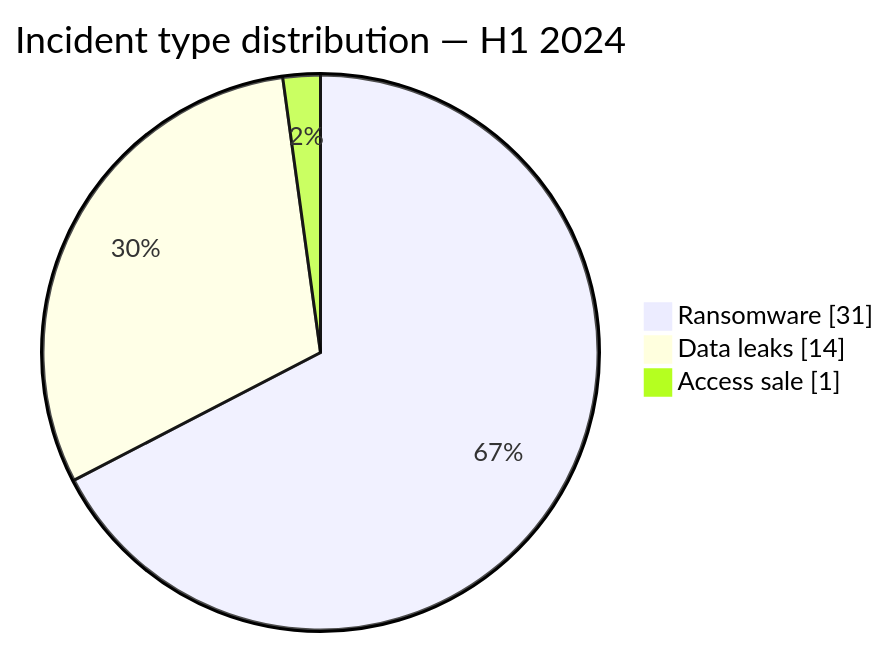
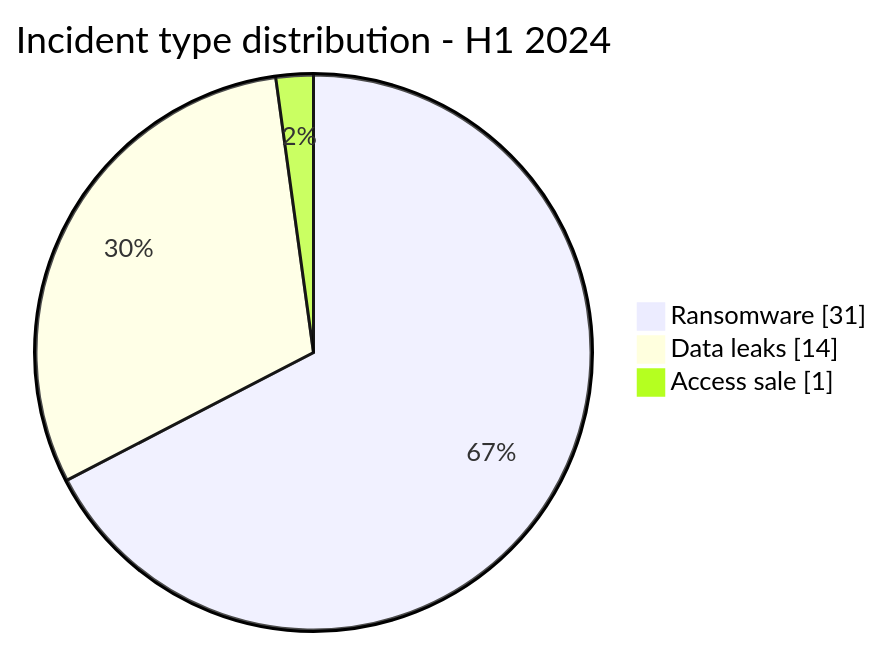
One commit to Hatchepsoute/AFRINTEL changed the second of 2 diagrams in CyberAttackAfrica/2024/README_H1.md. Above: the diagram before and after it, drawn with Mermaid. The commit also changed other lines of this file and 182 other files, not shown here.

````diff
--- a/CyberAttackAfrica/2024/README_H1.md
+++ b/CyberAttackAfrica/2024/README_H1.md
@@ -51,7 +51,7 @@
 ```mermaid
 pie showData
-    title Incident type distribution — H1 2024
+    title Incident type distribution - H1 2024
     "Ransomware" : 31
     "Data leaks" : 14
     "Access sale" : 1
 ```
````
